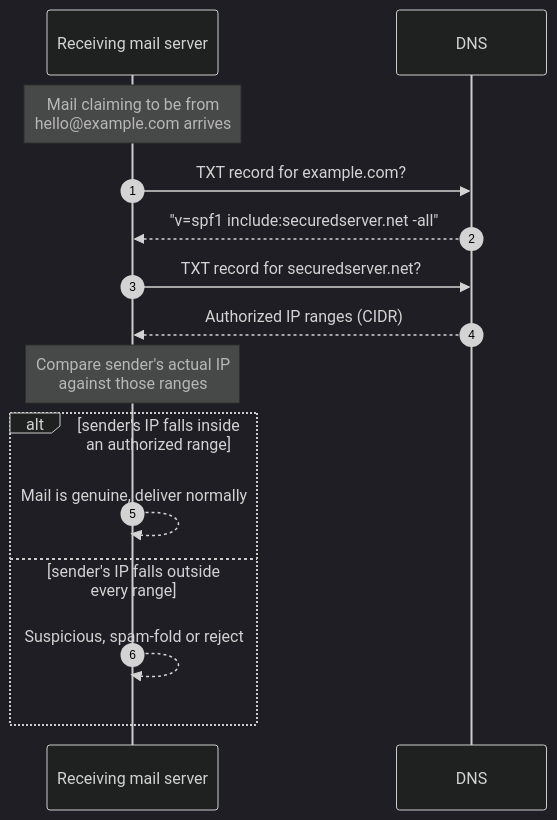
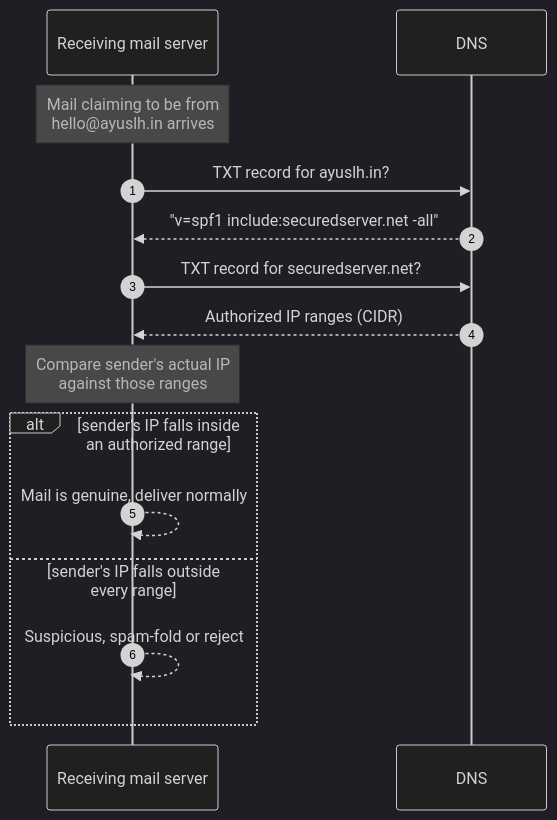
Before and after one commit to ayuslharora/blog-ayuslh: the fourth of 5 diagrams in content/posts/networking/ch24-dns-record-types.mdx, drawn with Mermaid (dark theme). The commit also changed other lines of this file, not shown here.

Commit message:
Improvement in the diagram and examples

````diff
--- a/content/posts/networking/ch24-dns-record-types.mdx
+++ b/content/posts/networking/ch24-dns-record-types.mdx
@@ -177,18 +177,18 @@
 ```mermaid
 sequenceDiagram
     autonumber
     participant Recv as Receiving mail server
     participant DNS
 
-    Note over Recv: Mail claiming to be from<br/>hello@example.com arrives
-    Recv->>DNS: TXT record for example.com?
+    Note over Recv: Mail claiming to be from<br/>hello@ayuslh.in arrives
+    Recv->>DNS: TXT record for ayuslh.in?
     DNS-->>Recv: "v=spf1 include:securedserver.net -all"
     Recv->>DNS: TXT record for securedserver.net?
     DNS-->>Recv: Authorized IP ranges (CIDR)
     Note over Recv: Compare sender's actual IP<br/>against those ranges
     alt sender's IP falls inside an authorized range
         Recv-->>Recv: Mail is genuine, deliver normally
     else sender's IP falls outside every range
         Recv-->>Recv: Suspicious, spam-fold or reject
     end
 ```
````
